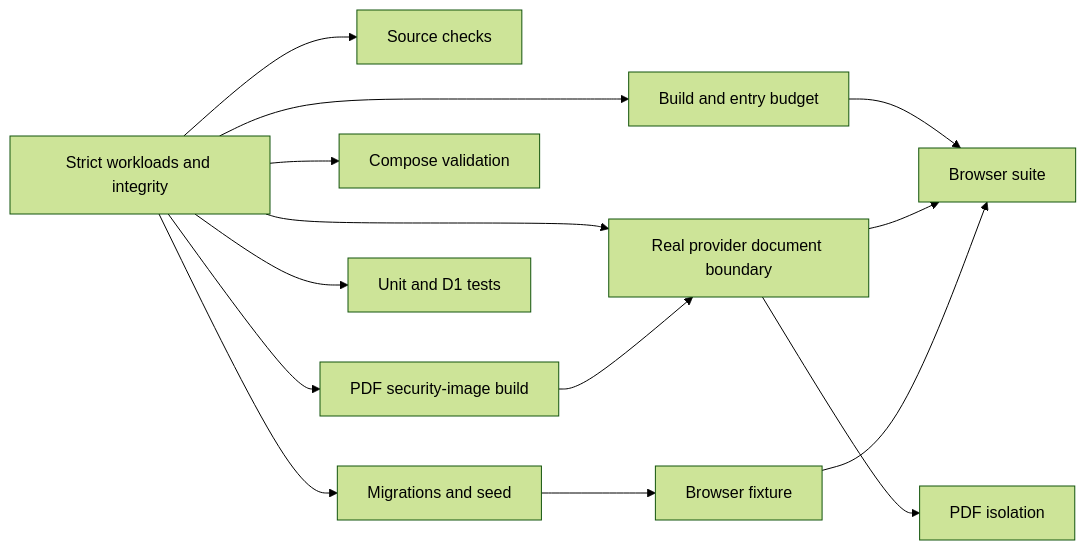
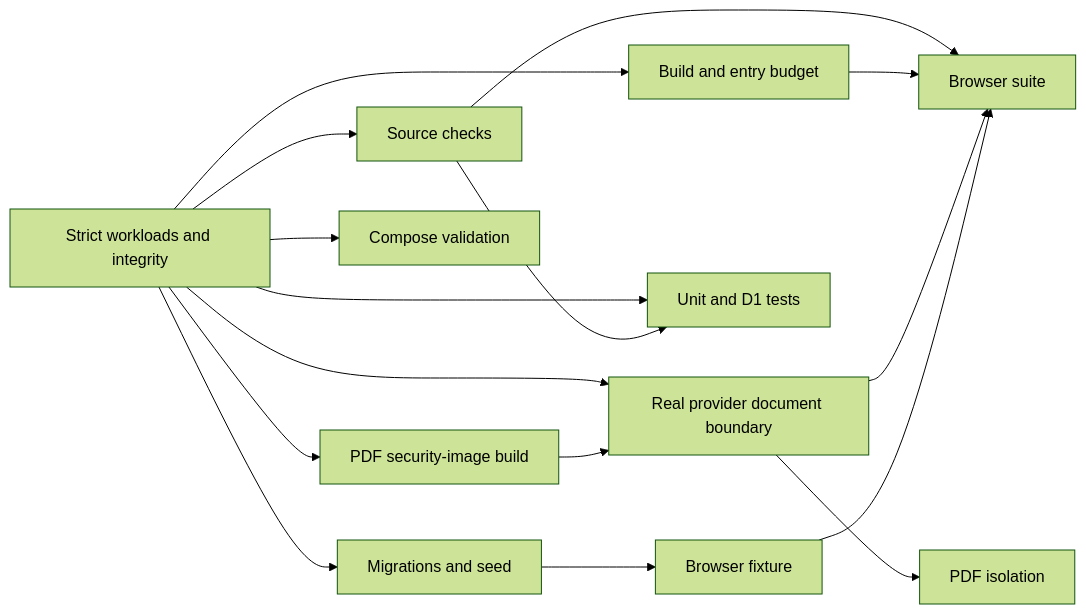
Before and after one commit to cyyapye/keel-fi: the diagram in docs/engineering/ci-performance.md, drawn with Mermaid (forest theme). The commit also changed other lines of this file and 7 other files, not shown here.

````diff
--- a/docs/engineering/ci-performance.md
+++ b/docs/engineering/ci-performance.md
@@ -102,16 +104,18 @@
 ```mermaid
 flowchart LR
   integrity[Strict workloads and integrity] --> source[Source checks]
   integrity --> build[Build and entry budget]
   integrity --> pdfBuild[PDF security-image build]
   integrity --> compose[Compose validation]
   integrity --> migrations[Migrations and seed]
   integrity --> provider[Real provider document boundary]
   pdfBuild --> provider
   provider --> pdf[PDF isolation]
   integrity --> unit[Unit and D1 tests]
+  source --> unit
+  source --> browser
   migrations --> browserFixture[Browser fixture]
   build --> browser[Browser suite]
   provider --> browser
   browserFixture --> browser
 ```
````
